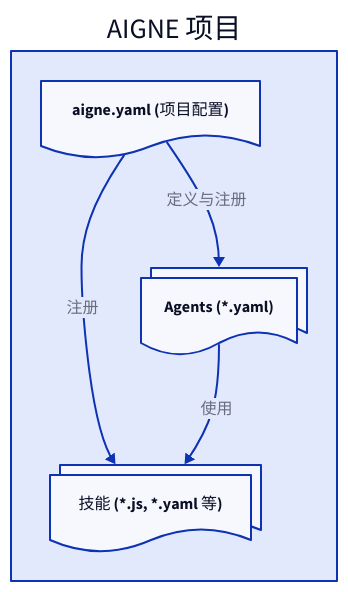
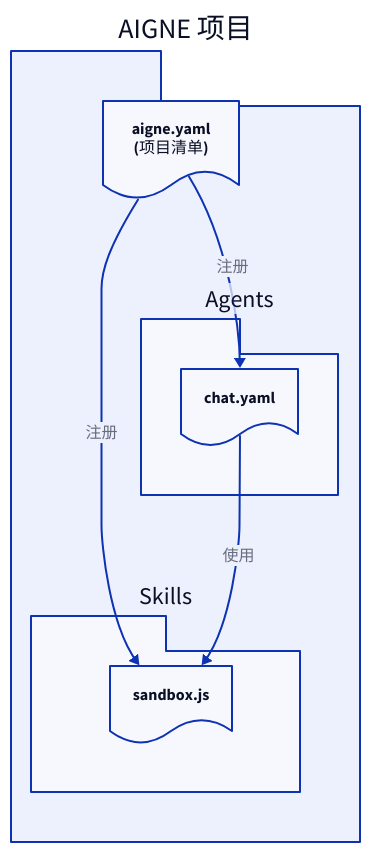
One commit to AIGNE-io/aigne-framework changed the diagram in packages/cli/docs/core-concepts.zh.md. Above: the diagram before and after it, drawn with D2. The commit also changed other lines of this file and 38 other files, not shown here.

````diff
--- a/packages/cli/docs/core-concepts.zh.md
+++ b/packages/cli/docs/core-concepts.zh.md
@@ -9,21 +9,33 @@
 ```d2
 direction: down
 
-"AIGNE 项目": {
-  "aigne.yaml (项目配置)": { 
-    shape: document 
+AIGNE-Project: {
+  shape: package
+  label: "AIGNE 项目"
+
+  aigne-yaml: {
+    shape: document
+    label: "aigne.yaml\n(项目清单)"
   }
-  "Agents (*.yaml)": { 
-    shape: document
-    style.multiple: true 
+
+  Agents: {
+    shape: package
+    chat-yaml: {
+      shape: document
+      label: "chat.yaml"
+    }
   }
-  "技能 (*.js, *.yaml 等)": { 
-    shape: document
-    style.multiple: true 
+
+  Skills: {
+    shape: package
+    sandbox-js: {
+      shape: document
+      label: "sandbox.js"
+    }
   }
+
+  aigne-yaml -> Agents.chat-yaml: "注册"
+  aigne-yaml -> Skills.sandbox-js: "注册"
+  Agents.chat-yaml -> Skills.sandbox-js: "使用"
 }
-
-"AIGNE 项目"."aigne.yaml (项目配置)" -> "AIGNE 项目"."Agents (*.yaml)": "定义与注册"
-"AIGNE 项目"."aigne.yaml (项目配置)" -> "AIGNE 项目"."技能 (*.js, *.yaml 等)": "注册"
-"AIGNE 项目"."Agents (*.yaml)" -> "AIGNE 项目"."技能 (*.js, *.yaml 等)": "使用"
 ```
````
